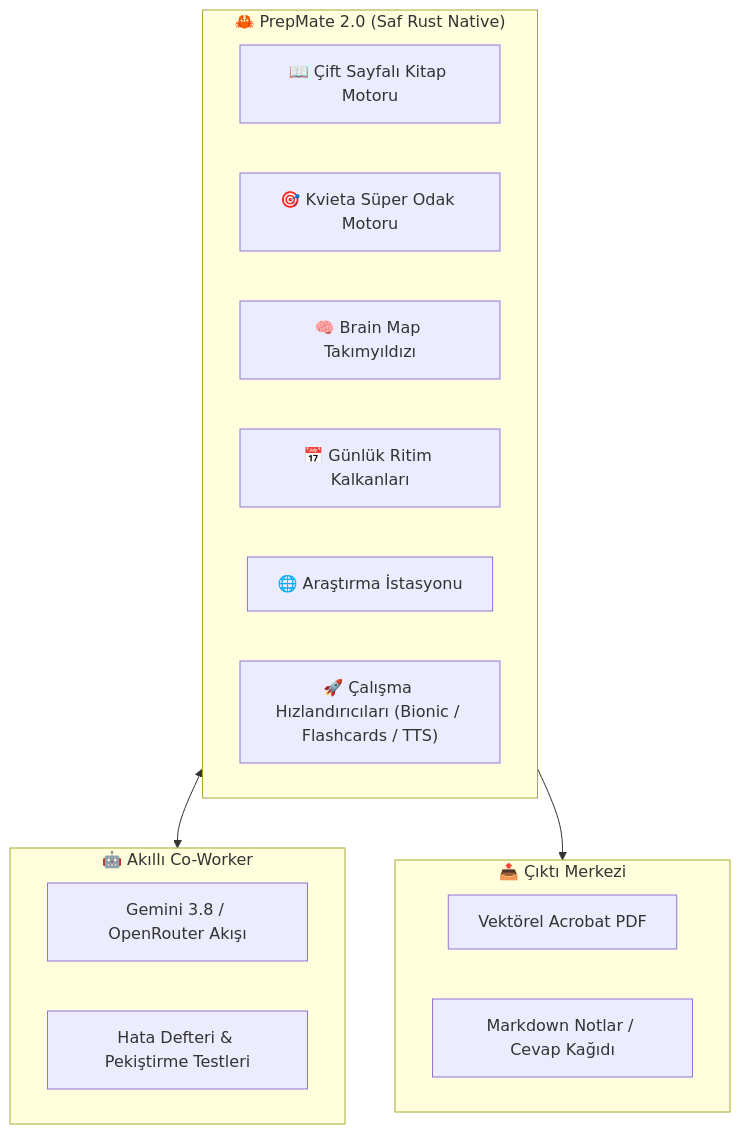
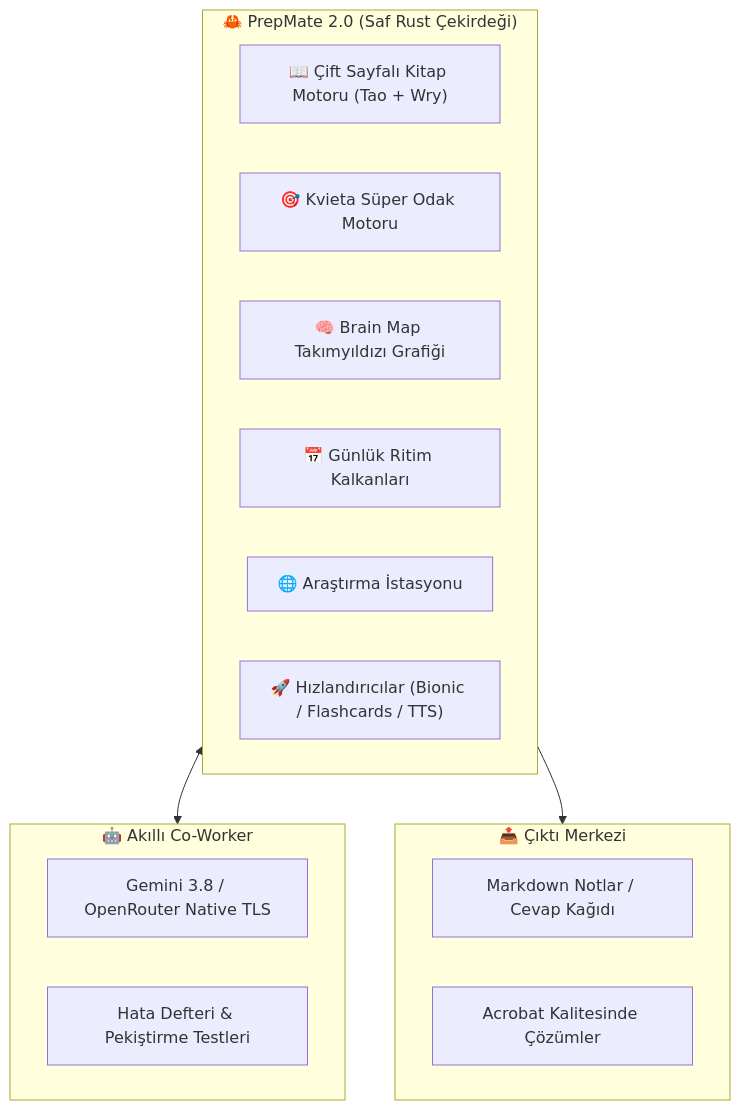
The diagram in README_TR.md (Rel0adediso/Prepmate-PDF), drawn with Mermaid before and after one commit. The commit also changed other lines of this file and 31 other files, not shown here.

First line of the commit message:
refactor: migrate repository to 100% pure native Rust architecture

````diff
--- a/README_TR.md
+++ b/README_TR.md
@@ -87,21 +89,21 @@
 ```mermaid
 flowchart TD
-    subgraph Core["🦀 PrepMate 2.0 (Saf Rust Native)"]
-        A["📖 Çift Sayfalı Kitap Motoru"]
+    subgraph RustCore["🦀 PrepMate 2.0 (Saf Rust Çekirdeği)"]
+        A["📖 Çift Sayfalı Kitap Motoru (Tao + Wry)"]
         B["🎯 Kvieta Süper Odak Motoru"]
-        C["🧠 Brain Map Takımyıldızı"]
+        C["🧠 Brain Map Takımyıldızı Grafiği"]
         D["📅 Günlük Ritim Kalkanları"]
         E["🌐 Araştırma İstasyonu"]
-        F["🚀 Çalışma Hızlandırıcıları (Bionic / Flashcards / TTS)"]
+        F["🚀 Hızlandırıcılar (Bionic / Flashcards / TTS)"]
     end
     subgraph AI["🤖 Akıllı Co-Worker"]
-        G["Gemini 3.8 / OpenRouter Akışı"]
+        G["Gemini 3.8 / OpenRouter Native TLS"]
         H["Hata Defteri & Pekiştirme Testleri"]
     end
-    subgraph Export["📤 Çıktı Merkezi"]
-        I["Vektörel Acrobat PDF"]
-        J["Markdown Notlar / Cevap Kağıdı"]
+    subgraph Output["📤 Çıktı Merkezi"]
+        I["Markdown Notlar / Cevap Kağıdı"]
+        J["Acrobat Kalitesinde Çözümler"]
     end
-    Core <--> AI
-    Core --> Export
+    RustCore <--> AI
+    RustCore --> Output
 ```
````
